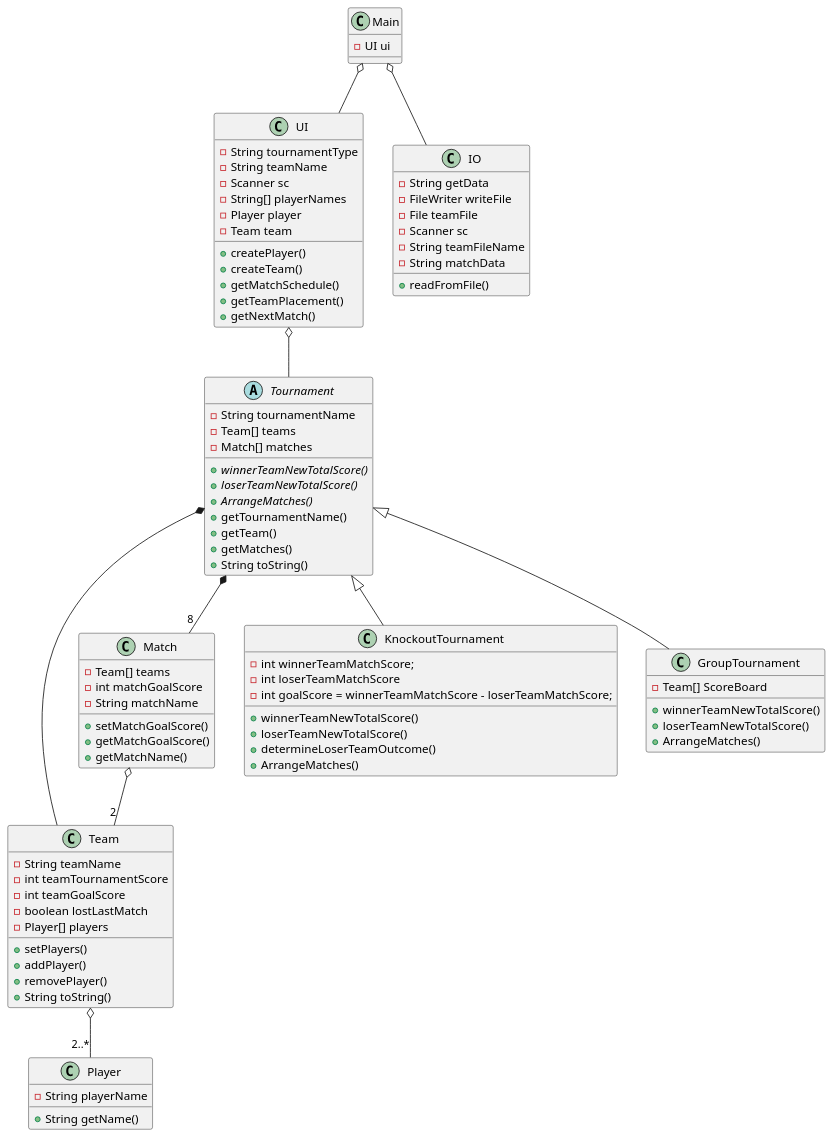
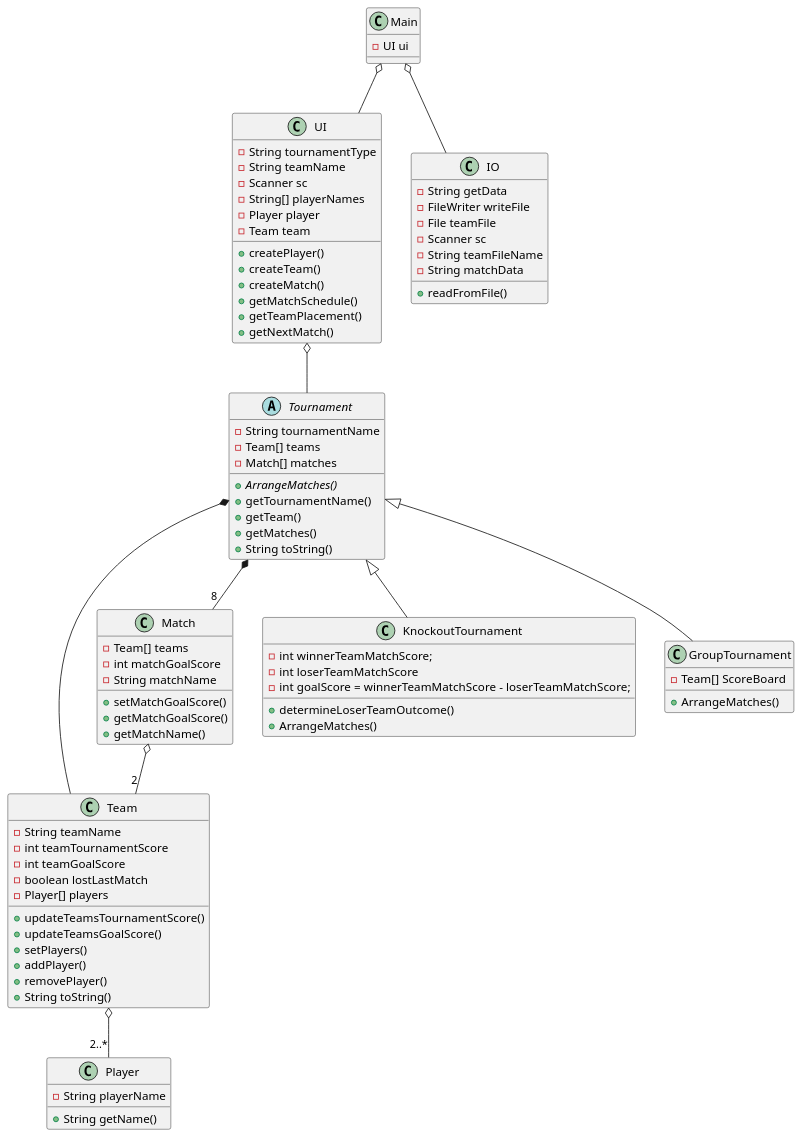
The diagram in doc/Class.puml (DeRp-DaWg/SP3), drawn with PlantUML before and after one commit.

Commit message:
Lavet af Andreas

```diff
--- a/doc/Class.puml
+++ b/doc/Class.puml
@@ -1,98 +1,95 @@
 @startuml
 'https://plantuml.com/class-diagram
 
 class Main{
 -UI ui
 }
 
 class Player {
 -String playerName
 +String getName()
 }
 
 class Team {
 -String teamName
 -int teamTournamentScore
 -int teamGoalScore
 -boolean lostLastMatch
 -Player[] players
++updateTeamsTournamentScore()
++updateTeamsGoalScore()
 +setPlayers()
 +addPlayer()
 +removePlayer()
 +String toString()
 }
 
 class Match{
 -Team[] teams
 -int matchGoalScore
 -String matchName
 
 +setMatchGoalScore()
 +getMatchGoalScore()
 +getMatchName()
 }
 
 abstract Tournament {
 -String tournamentName
 -Team[] teams
 -Match[] matches
-+{abstract}winnerTeamNewTotalScore()
-+{abstract}loserTeamNewTotalScore()
 +{abstract}ArrangeMatches()
 +getTournamentName()
 +getTeam()
 +getMatches()
 +String toString()
 }
 
 class KnockoutTournament{
 -int winnerTeamMatchScore;
 -int loserTeamMatchScore
 -int goalScore = winnerTeamMatchScore - loserTeamMatchScore;
-+winnerTeamNewTotalScore()
-+loserTeamNewTotalScore()
 +determineLoserTeamOutcome()
 +ArrangeMatches()
 }
 
 class GroupTournament{
 -Team[] ScoreBoard
-+winnerTeamNewTotalScore()
-+loserTeamNewTotalScore()
 +ArrangeMatches()
 }
 
 class UI {
 -String tournamentType
 -String teamName
 -Scanner sc
 -String[] playerNames
 -Player player
 -Team team
 +createPlayer()
 +createTeam()
++createMatch()
 +getMatchSchedule()
 +getTeamPlacement()
 +getNextMatch()
 }
 
 class IO {
 -String getData
 -FileWriter writeFile
 -File teamFile
 -Scanner sc
 -String teamFileName
 -String matchData
 +readFromFile()
 }
 
 UI o-- Tournament
 Main o-- IO
 Tournament *-- "8" Match
 Tournament *-- Team
 Match o-- "2" Team
 Team o-- "2..*" Player
 Tournament <|-- KnockoutTournament
 Tournament <|-- GroupTournament
 Main o-- UI
 @enduml
```
